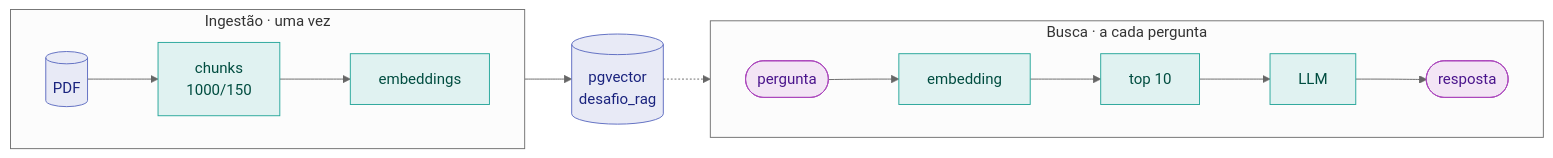
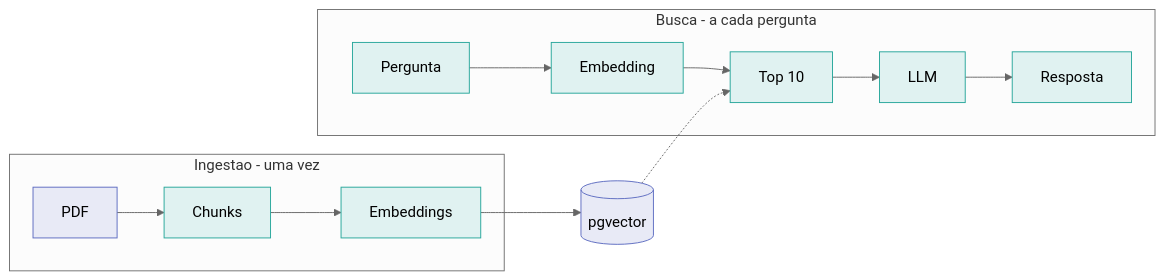
One commit to joaovmeneses/mba-ia-desafio-ingestao-busca changed the third of 3 diagrams in docs/flow.md. Above: the diagram before and after it, drawn with Mermaid (neutral theme). The commit also changed other lines of this file, not shown here.

First line of the commit message:
docs: simplifica os diagramas para renderizacao ampla

````diff
--- a/docs/flow.md
+++ b/docs/flow.md
@@ -95,24 +92,20 @@
 ```mermaid
 flowchart LR
-    subgraph ING["Ingestão · uma vez"]
-        direction LR
-        P[("PDF")] --> C["chunks<br/>1000/150"] --> E1["embeddings"]
+    subgraph ING[Ingestao - uma vez]
+        P[PDF] --> C[Chunks] --> E1[Embeddings]
     end
 
-    DB[("pgvector<br/>desafio_rag")]
+    DB[(pgvector)]
 
-    subgraph BUSCA["Busca · a cada pergunta"]
-        direction LR
-        Q(["pergunta"]) --> E2["embedding"] --> K["top 10"] --> L["LLM"] --> R(["resposta"])
+    subgraph BUSCA[Busca - a cada pergunta]
+        Q[Pergunta] --> E2[Embedding] --> K[Top 10] --> L[LLM] --> R[Resposta]
     end
 
     E1 --> DB
     DB -.-> K
 
-    classDef file fill:#e8eaf6,stroke:#5c6bc0,color:#1a237e
-    classDef step fill:#e0f2f1,stroke:#26a69a,color:#004d40
-    classDef io fill:#f3e5f5,stroke:#ab47bc,color:#4a148c
-    class P,DB file
-    class C,E1,E2,K,L step
-    class Q,R io
+    classDef dado fill:#e8eaf6,stroke:#5c6bc0
+    classDef passo fill:#e0f2f1,stroke:#26a69a
+    class P,DB dado
+    class C,E1,Q,E2,K,L,R passo
 ```
````
